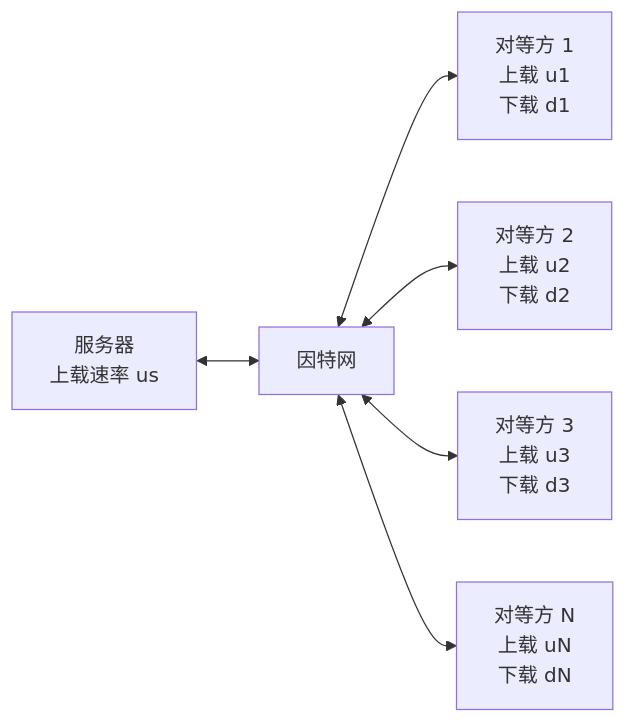
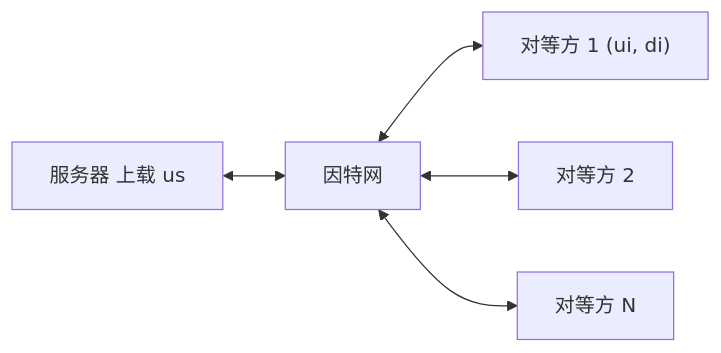
One commit to Meer-Matze/Meer-Matze.github.io changed diagram 13 of 20 in src/content/posts/应用层.md. Above: the diagram before and after it, drawn with Mermaid. The commit also changed other lines of this file and 3 other files, not shown here.

````diff
--- a/src/content/posts/应用层.md
+++ b/src/content/posts/应用层.md
@@ -2807,16 +992,7 @@
 ```mermaid
 graph LR
-  S["服务器<br/>上载速率 us"]
-  NET["因特网"]
-
-  P1["对等方 1<br/>上载 u1<br/>下载 d1"]
-  P2["对等方 2<br/>上载 u2<br/>下载 d2"]
-  P3["对等方 3<br/>上载 u3<br/>下载 d3"]
-  PN["对等方 N<br/>上载 uN<br/>下载 dN"]
-
-  S <--> NET
-  NET <--> P1
-  NET <--> P2
-  NET <--> P3
-  NET <--> PN
+  S["服务器 上载 us"] <--> NET["因特网"]
+  NET <--> P1["对等方 1 (ui, di)"]
+  NET <--> P2["对等方 2"]
+  NET <--> PN["对等方 N"]
 ```
````
